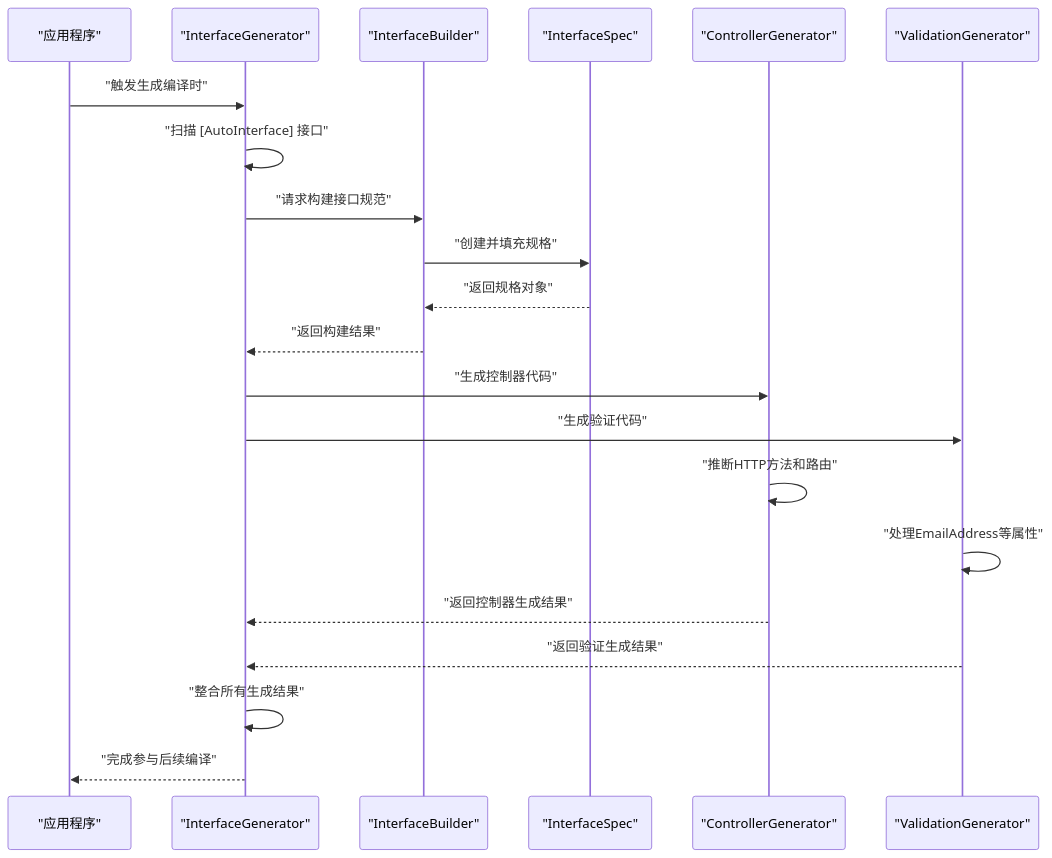
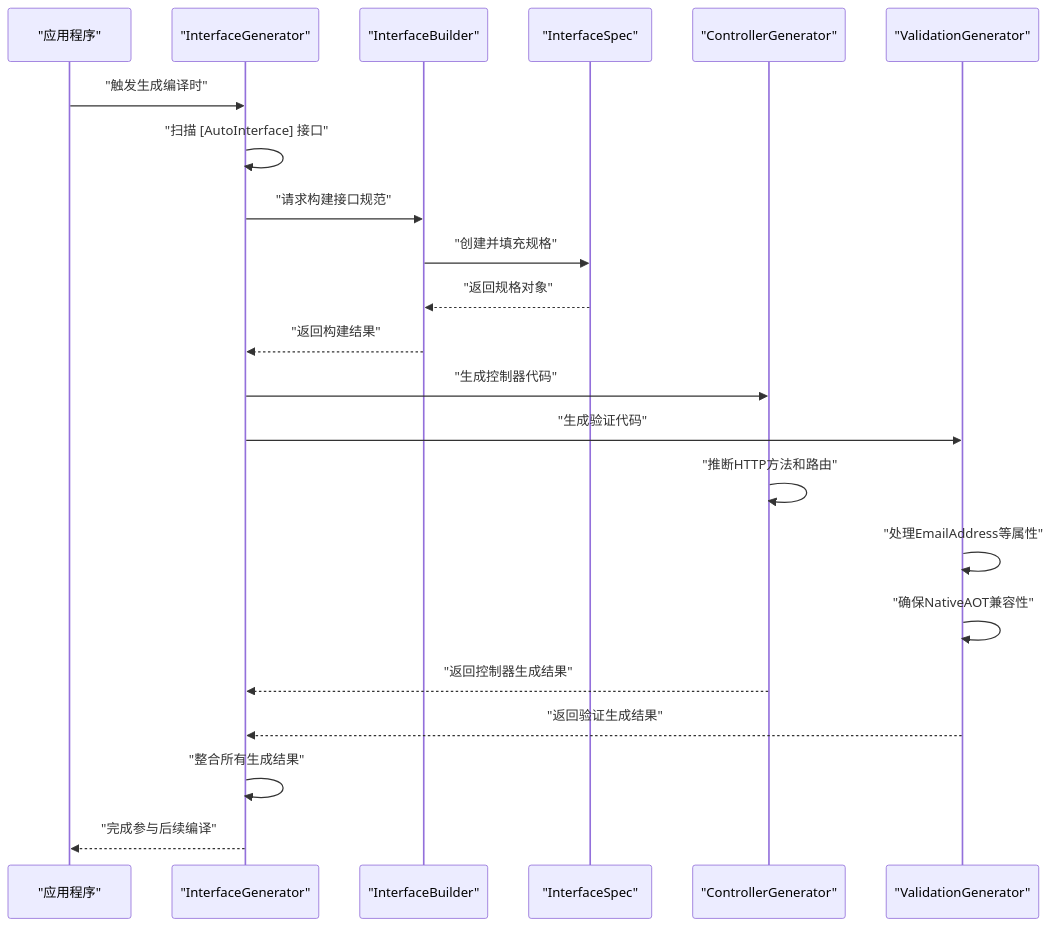
The fourth of 7 diagrams in .qoder/repowiki/zh/content/源代码生成器/源代码生成器.md (alivy/AutoCode), drawn with Mermaid before and after one commit. The commit also changed other lines of this file and 5 other files, not shown here.

````diff
--- a/.qoder/repowiki/zh/content/源代码生成器/源代码生成器.md
+++ b/.qoder/repowiki/zh/content/源代码生成器/源代码生成器.md
@@ -311,23 +319,24 @@
 ```mermaid
 sequenceDiagram
 participant App as "应用程序"
 participant Gen as "InterfaceGenerator"
 participant Bld as "InterfaceBuilder"
 participant Spc as "InterfaceSpec"
 participant Ctrl as "ControllerGenerator"
 participant Val as "ValidationGenerator"
 App->>Gen : "触发生成编译时"
 Gen->>Gen : "扫描 [AutoInterface] 接口"
 Gen->>Bld : "请求构建接口规范"
 Bld->>Spc : "创建并填充规格"
 Spc-->>Bld : "返回规格对象"
 Bld-->>Gen : "返回构建结果"
 Gen->>Ctrl : "生成控制器代码"
 Gen->>Val : "生成验证代码"
 Ctrl->>Ctrl : "推断HTTP方法和路由"
 Val->>Val : "处理EmailAddress等属性"
+Val->>Val : "确保NativeAOT兼容性"
 Ctrl-->>Gen : "返回控制器生成结果"
 Val-->>Gen : "返回验证生成结果"
 Gen->>Gen : "整合所有生成结果"
 Gen-->>App : "完成参与后续编译"
 ```
````
